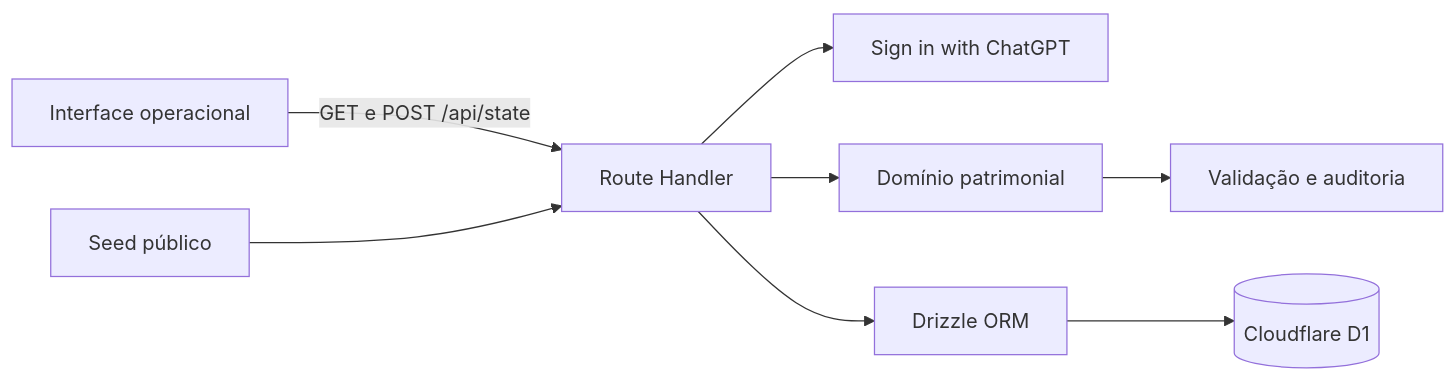
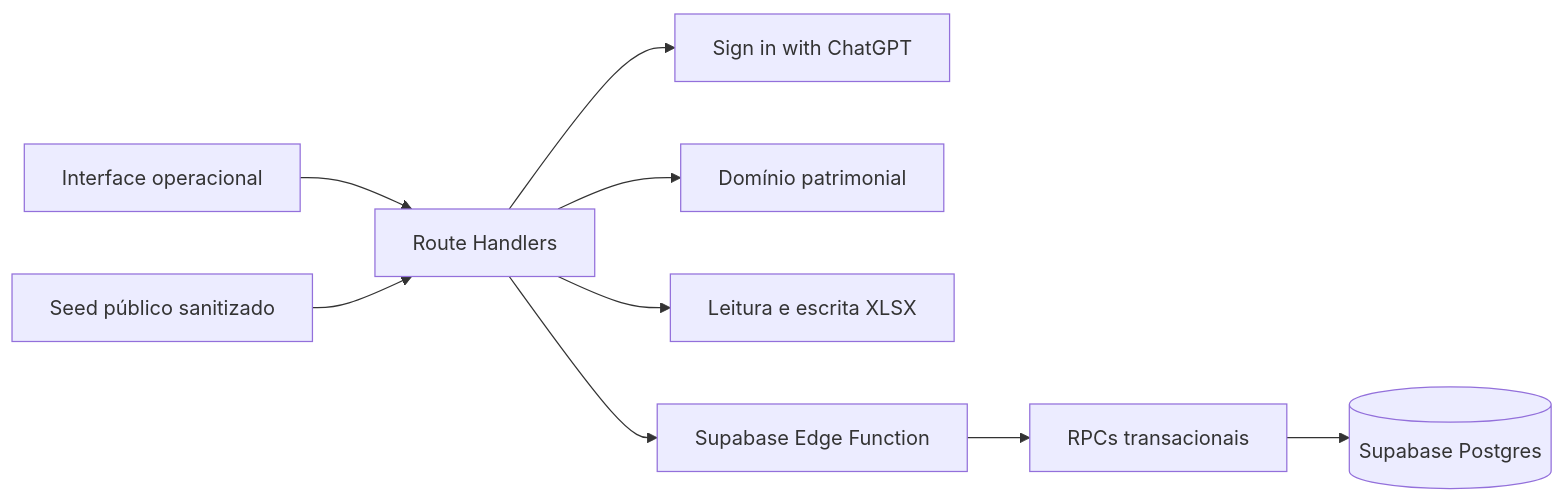
One commit to Kenjihidehira/patrimonio-ops-control changed the diagram in docs/architecture.md. Above: the diagram before and after it, drawn with Mermaid. The commit also changed other lines of this file and 36 other files, not shown here.

Commit message:
feat: integrar Supabase e fluxo XLSX

````diff
--- a/docs/architecture.md
+++ b/docs/architecture.md
@@ -5,10 +5,11 @@
 ```mermaid
 flowchart LR
-    UI[Interface operacional] -->|GET e POST /api/state| API[Route Handler]
+    UI[Interface operacional] --> API[Route Handlers]
     API --> AUTH[Sign in with ChatGPT]
     API --> DOMAIN[Domínio patrimonial]
-    DOMAIN --> VALIDATION[Validação e auditoria]
-    API --> ORM[Drizzle ORM]
-    ORM --> D1[(Cloudflare D1)]
-    SEED[Seed público] --> API
+    API --> XLSX[Leitura e escrita XLSX]
+    API --> GATEWAY[Supabase Edge Function]
+    GATEWAY --> RPC[RPCs transacionais]
+    RPC --> PG[(Supabase Postgres)]
+    SEED[Seed público sanitizado] --> API
 ```
````
